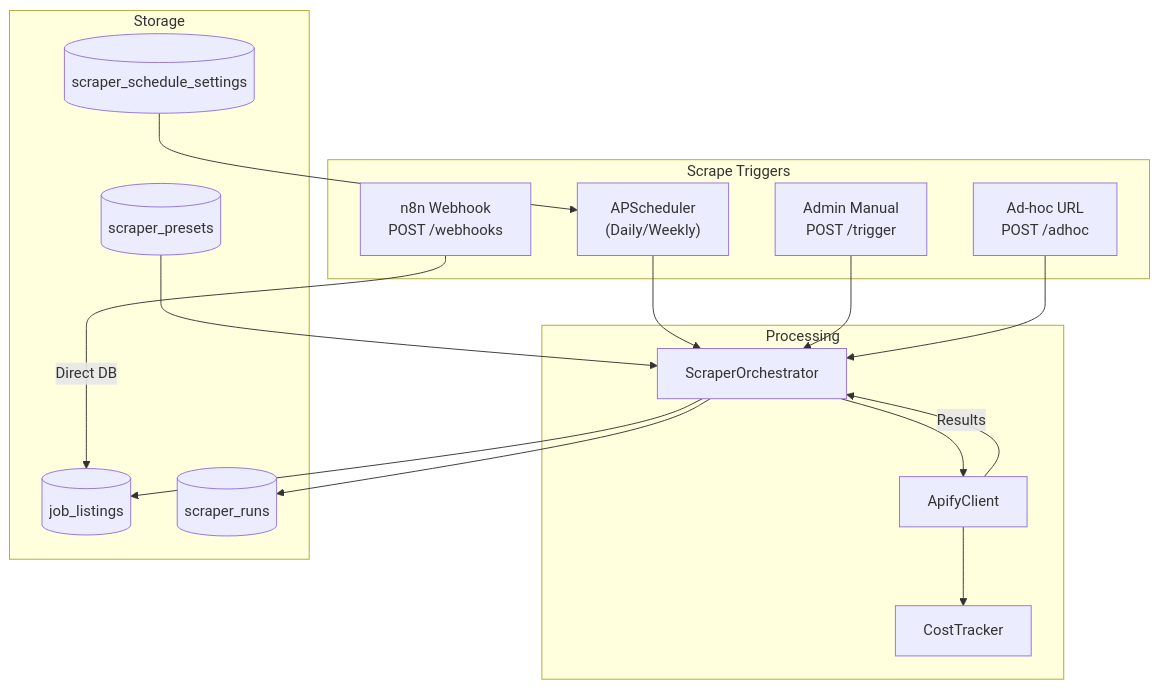
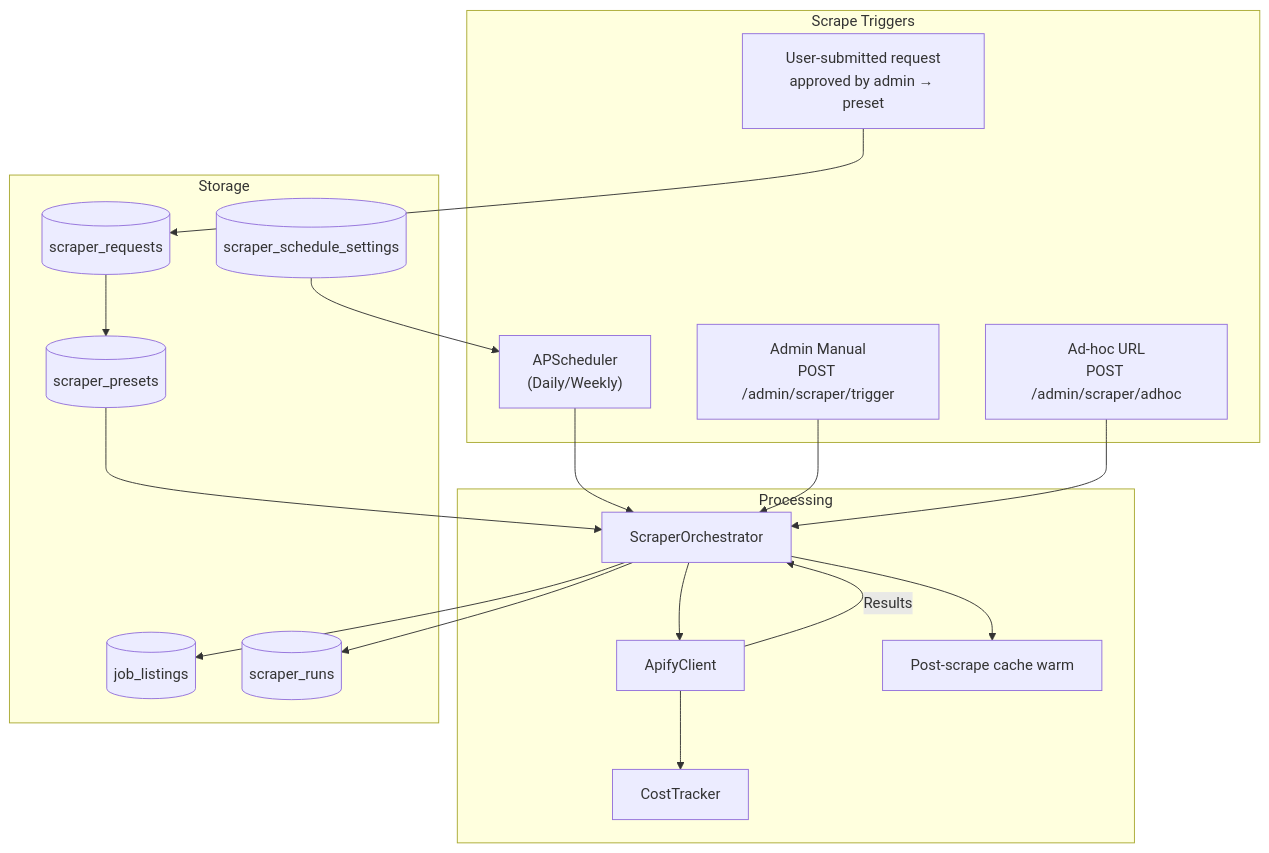
Before and after one commit to Sungchunn/AI-Resume-Tailor: diagram 27 of 33 in docs/architecture/system-architecture.md, drawn with Mermaid. The commit also changed other lines of this file, not shown here.

First line of the commit message:
docs: Refresh system-architecture to match current codebase

````diff
--- a/docs/architecture/system-architecture.md
+++ b/docs/architecture/system-architecture.md
@@ -1800,36 +1941,40 @@
 ```mermaid
 flowchart TB
     subgraph Triggers["Scrape Triggers"]
         Scheduled["APScheduler<br/>(Daily/Weekly)"]
-        Manual["Admin Manual<br/>POST /trigger"]
-        AdHoc["Ad-hoc URL<br/>POST /adhoc"]
-        Webhook["n8n Webhook<br/>POST /webhooks"]
+        Manual["Admin Manual<br/>POST /admin/scraper/trigger"]
+        AdHoc["Ad-hoc URL<br/>POST /admin/scraper/adhoc"]
+        UserReq["User-submitted request<br/>approved by admin → preset"]
     end
 
     subgraph Processing["Processing"]
         Orchestrator["ScraperOrchestrator"]
         ApifyClient["ApifyClient"]
         CostTracker["CostTracker"]
+        CacheWarm["Post-scrape cache warm"]
     end
 
     subgraph Storage["Storage"]
         JobListings[(job_listings)]
         ScraperRuns[(scraper_runs)]
         Presets[(scraper_presets)]
+        Requests[(scraper_requests)]
         Schedule[(scraper_schedule_settings)]
     end
 
     Scheduled --> Orchestrator
     Manual --> Orchestrator
     AdHoc --> Orchestrator
-    Webhook --> |"Direct DB"| JobListings
+    UserReq --> Requests
+    Requests --> Presets
 
     Orchestrator --> ApifyClient
     ApifyClient --> |"Results"| Orchestrator
     Orchestrator --> JobListings
     Orchestrator --> ScraperRuns
+    Orchestrator --> CacheWarm
     ApifyClient --> CostTracker
 
     Presets --> Orchestrator
     Schedule --> Scheduled
 ```
````
